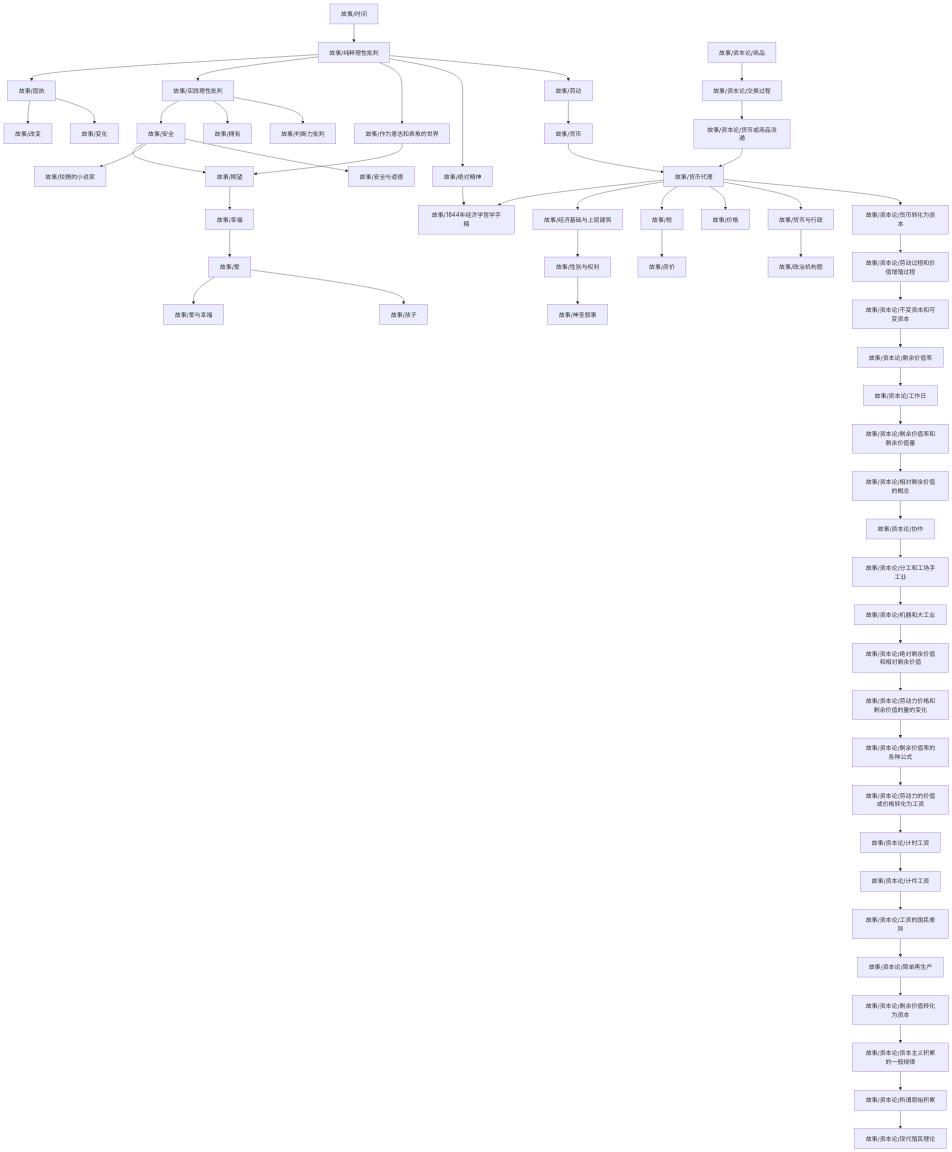
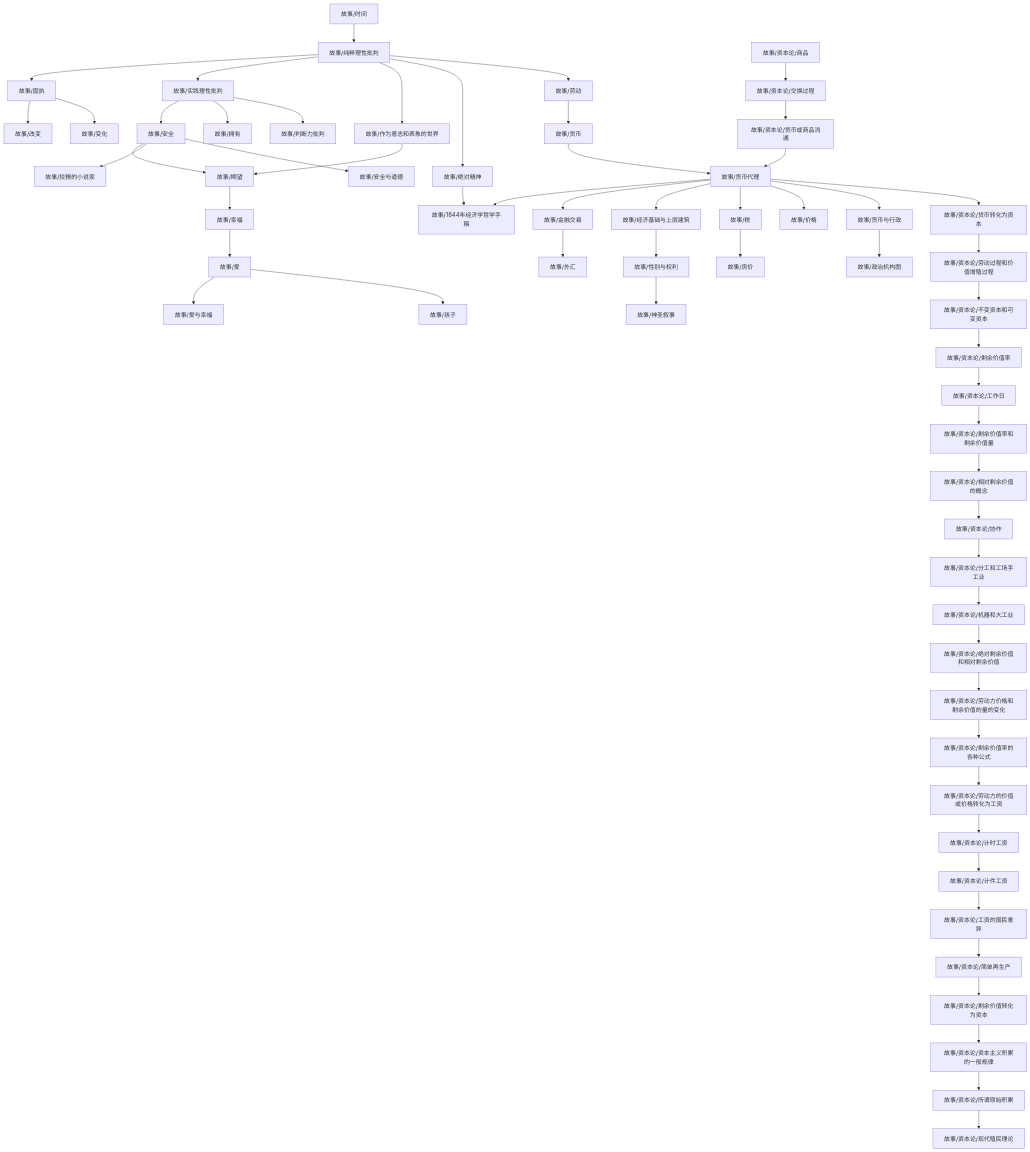
The diagram in content/故事/dependency_graph.md (zengls3186428803/zengls3186428803.github.io), drawn with Mermaid before and after one commit. The commit also changed 4 other files, not shown here.

````diff
--- a/content/故事/dependency_graph.md
+++ b/content/故事/dependency_graph.md
@@ -1,59 +1,61 @@
 ```mermaid
 graph TD
 1["故事/纯粹理性批判"] --> 0["故事/固执"]
 3["故事/经济基础与上层建筑"] --> 2["故事/性别与权利"]
 0["故事/固执"] --> 4["故事/改变"]
 6["故事/货币代理"] --> 5["故事/1844年经济学哲学手稿"]
 7["故事/绝对精神"] --> 5["故事/1844年经济学哲学手稿"]
-9["故事/作为意志和表象的世界"] --> 8["故事/期望"]
-10["故事/安全"] --> 8["故事/期望"]
-10["故事/安全"] --> 11["故事/狡猾的小说家"]
-1["故事/纯粹理性批判"] --> 12["故事/实践理性批判"]
-13["故事/时间"] --> 1["故事/纯粹理性批判"]
-12["故事/实践理性批判"] --> 10["故事/安全"]
+6["故事/货币代理"] --> 8["故事/金融交易"]
+10["故事/作为意志和表象的世界"] --> 9["故事/期望"]
+11["故事/安全"] --> 9["故事/期望"]
+11["故事/安全"] --> 12["故事/狡猾的小说家"]
+1["故事/纯粹理性批判"] --> 13["故事/实践理性批判"]
+14["故事/时间"] --> 1["故事/纯粹理性批判"]
+13["故事/实践理性批判"] --> 11["故事/安全"]
 6["故事/货币代理"] --> 3["故事/经济基础与上层建筑"]
-12["故事/实践理性批判"] --> 14["故事/拥有"]
-6["故事/货币代理"] --> 15["故事/税"]
-15["故事/税"] --> 16["故事/房价"]
-18["故事/货币与行政"] --> 17["故事/政治机构图"]
-0["故事/固执"] --> 19["故事/变化"]
-21["故事/幸福"] --> 20["故事/爱"]
-6["故事/货币代理"] --> 22["故事/价格"]
-23["故事/货币"] --> 6["故事/货币代理"]
-24["故事/资本论/货币或商品流通"] --> 6["故事/货币代理"]
-1["故事/纯粹理性批判"] --> 9["故事/作为意志和表象的世界"]
+8["故事/金融交易"] --> 15["故事/外汇"]
+13["故事/实践理性批判"] --> 16["故事/拥有"]
+6["故事/货币代理"] --> 17["故事/税"]
+17["故事/税"] --> 18["故事/房价"]
+20["故事/货币与行政"] --> 19["故事/政治机构图"]
+0["故事/固执"] --> 21["故事/变化"]
+23["故事/幸福"] --> 22["故事/爱"]
+6["故事/货币代理"] --> 24["故事/价格"]
+25["故事/货币"] --> 6["故事/货币代理"]
+26["故事/资本论/货币或商品流通"] --> 6["故事/货币代理"]
+1["故事/纯粹理性批判"] --> 10["故事/作为意志和表象的世界"]
 1["故事/纯粹理性批判"] --> 7["故事/绝对精神"]
-6["故事/货币代理"] --> 18["故事/货币与行政"]
-10["故事/安全"] --> 26["故事/安全与道德"]
-2["故事/性别与权利"] --> 27["故事/神圣叙事"]
-20["故事/爱"] --> 28["故事/爱与幸福"]
-29["故事/劳动"] --> 23["故事/货币"]
-20["故事/爱"] --> 30["故事/孩子"]
-1["故事/纯粹理性批判"] --> 29["故事/劳动"]
-12["故事/实践理性批判"] --> 31["故事/判断力批判"]
-8["故事/期望"] --> 21["故事/幸福"]
-33["故事/资本论/不变资本和可变资本"] --> 32["故事/资本论/剩余价值率"]
-35["故事/资本论/所谓原始积累"] --> 34["故事/资本论/现代殖民理论"]
-36["故事/资本论/交换过程"] --> 24["故事/资本论/货币或商品流通"]
-38["故事/资本论/剩余价值转化为资本"] --> 37["故事/资本论/资本主义积累的一般规律"]
-40["故事/资本论/劳动力的价值或价格转化为工资"] --> 39["故事/资本论/计时工资"]
-42["故事/资本论/机器和大工业"] --> 41["故事/资本论/绝对剩余价值和相对剩余价值"]
-44["故事/资本论/货币转化为资本"] --> 43["故事/资本论/劳动过程和价值增殖过程"]
-43["故事/资本论/劳动过程和价值增殖过程"] --> 33["故事/资本论/不变资本和可变资本"]
-46["故事/资本论/相对剩余价值的概念"] --> 45["故事/资本论/协作"]
-37["故事/资本论/资本主义积累的一般规律"] --> 35["故事/资本论/所谓原始积累"]
-47["故事/资本论/分工和工场手工业"] --> 42["故事/资本论/机器和大工业"]
-6["故事/货币代理"] --> 44["故事/资本论/货币转化为资本"]
-48["故事/资本论/商品"] --> 36["故事/资本论/交换过程"]
-50["故事/资本论/工资的国民差异"] --> 49["故事/资本论/简单再生产"]
-39["故事/资本论/计时工资"] --> 51["故事/资本论/计件工资"]
-41["故事/资本论/绝对剩余价值和相对剩余价值"] --> 52["故事/资本论/劳动力价格和剩余价值的量的变化"]
-49["故事/资本论/简单再生产"] --> 38["故事/资本论/剩余价值转化为资本"]
-51["故事/资本论/计件工资"] --> 50["故事/资本论/工资的国民差异"]
-45["故事/资本论/协作"] --> 47["故事/资本论/分工和工场手工业"]
-53["故事/资本论/剩余价值率的各种公式"] --> 40["故事/资本论/劳动力的价值或价格转化为工资"]
-55["故事/资本论/工作日"] --> 54["故事/资本论/剩余价值率和剩余价值量"]
-52["故事/资本论/劳动力价格和剩余价值的量的变化"] --> 53["故事/资本论/剩余价值率的各种公式"]
-54["故事/资本论/剩余价值率和剩余价值量"] --> 46["故事/资本论/相对剩余价值的概念"]
-32["故事/资本论/剩余价值率"] --> 55["故事/资本论/工作日"]
+6["故事/货币代理"] --> 20["故事/货币与行政"]
+11["故事/安全"] --> 28["故事/安全与道德"]
+2["故事/性别与权利"] --> 29["故事/神圣叙事"]
+22["故事/爱"] --> 30["故事/爱与幸福"]
+31["故事/劳动"] --> 25["故事/货币"]
+22["故事/爱"] --> 32["故事/孩子"]
+1["故事/纯粹理性批判"] --> 31["故事/劳动"]
+13["故事/实践理性批判"] --> 33["故事/判断力批判"]
+9["故事/期望"] --> 23["故事/幸福"]
+35["故事/资本论/不变资本和可变资本"] --> 34["故事/资本论/剩余价值率"]
+37["故事/资本论/所谓原始积累"] --> 36["故事/资本论/现代殖民理论"]
+38["故事/资本论/交换过程"] --> 26["故事/资本论/货币或商品流通"]
+40["故事/资本论/剩余价值转化为资本"] --> 39["故事/资本论/资本主义积累的一般规律"]
+42["故事/资本论/劳动力的价值或价格转化为工资"] --> 41["故事/资本论/计时工资"]
+44["故事/资本论/机器和大工业"] --> 43["故事/资本论/绝对剩余价值和相对剩余价值"]
+46["故事/资本论/货币转化为资本"] --> 45["故事/资本论/劳动过程和价值增殖过程"]
+45["故事/资本论/劳动过程和价值增殖过程"] --> 35["故事/资本论/不变资本和可变资本"]
+48["故事/资本论/相对剩余价值的概念"] --> 47["故事/资本论/协作"]
+39["故事/资本论/资本主义积累的一般规律"] --> 37["故事/资本论/所谓原始积累"]
+49["故事/资本论/分工和工场手工业"] --> 44["故事/资本论/机器和大工业"]
+6["故事/货币代理"] --> 46["故事/资本论/货币转化为资本"]
+50["故事/资本论/商品"] --> 38["故事/资本论/交换过程"]
+52["故事/资本论/工资的国民差异"] --> 51["故事/资本论/简单再生产"]
+41["故事/资本论/计时工资"] --> 53["故事/资本论/计件工资"]
+43["故事/资本论/绝对剩余价值和相对剩余价值"] --> 54["故事/资本论/劳动力价格和剩余价值的量的变化"]
+51["故事/资本论/简单再生产"] --> 40["故事/资本论/剩余价值转化为资本"]
+53["故事/资本论/计件工资"] --> 52["故事/资本论/工资的国民差异"]
+47["故事/资本论/协作"] --> 49["故事/资本论/分工和工场手工业"]
+55["故事/资本论/剩余价值率的各种公式"] --> 42["故事/资本论/劳动力的价值或价格转化为工资"]
+57["故事/资本论/工作日"] --> 56["故事/资本论/剩余价值率和剩余价值量"]
+54["故事/资本论/劳动力价格和剩余价值的量的变化"] --> 55["故事/资本论/剩余价值率的各种公式"]
+56["故事/资本论/剩余价值率和剩余价值量"] --> 48["故事/资本论/相对剩余价值的概念"]
+34["故事/资本论/剩余价值率"] --> 57["故事/资本论/工作日"]
 ```
````
